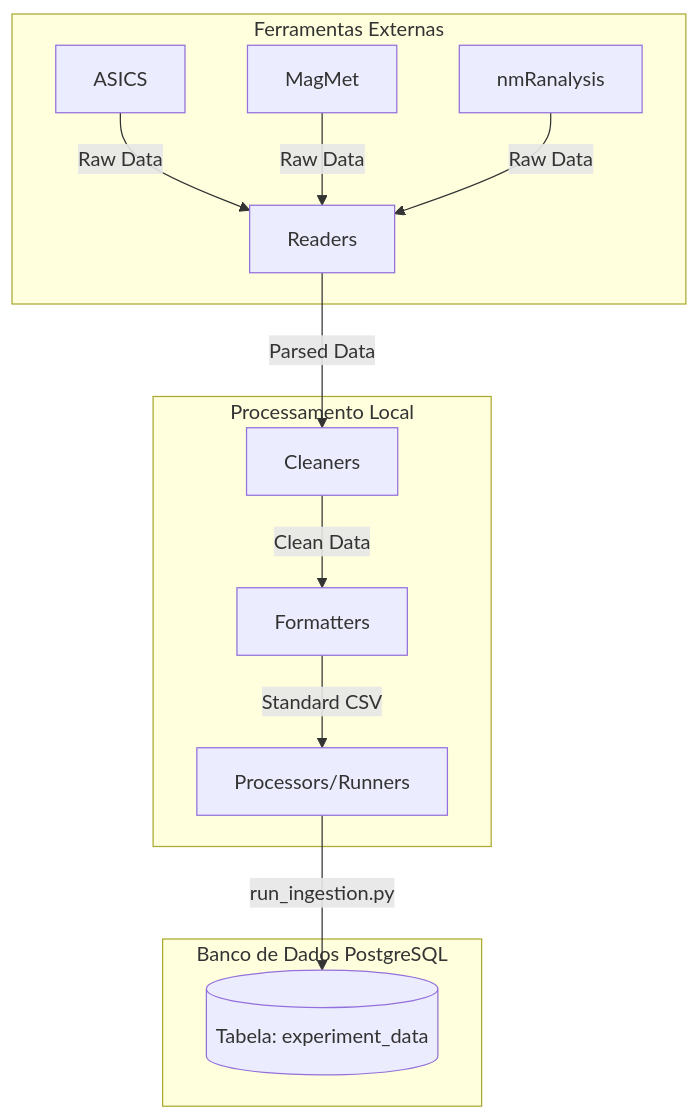
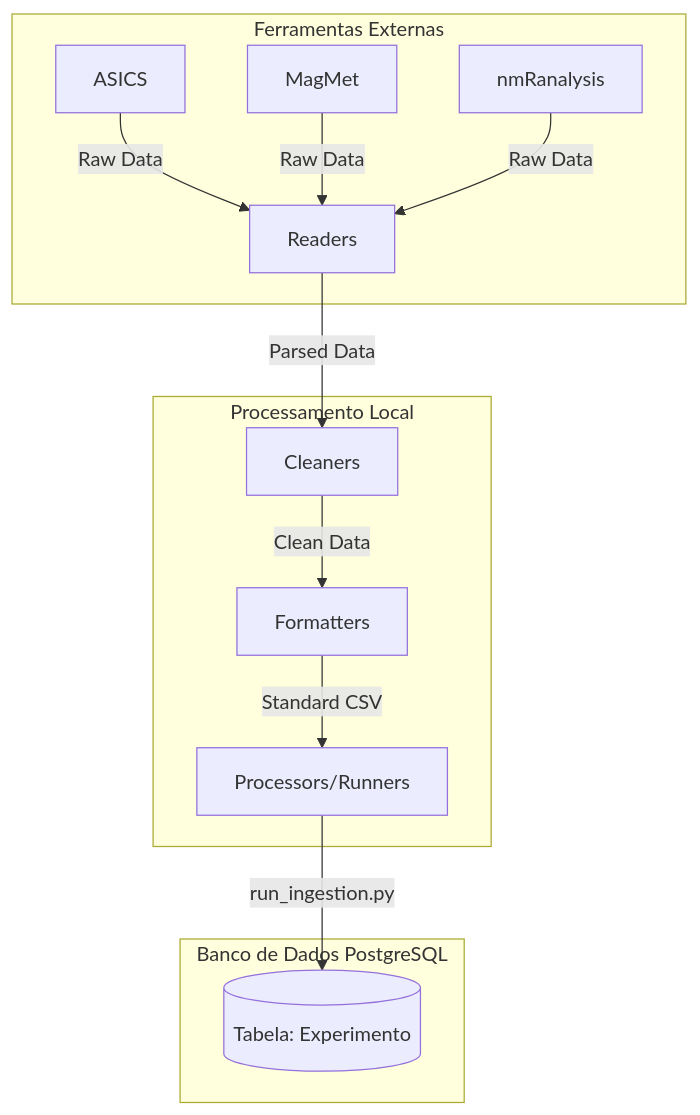
Before and after one commit to tiago-rods/NMR-data-analysis: the first of 2 diagrams in README.md, drawn with Mermaid. The commit also changed other lines of this file and 12 other files, not shown here.

````diff
--- a/README.md
+++ b/README.md
@@ -22,18 +22,18 @@
 ```mermaid
 flowchart TD
     subgraph Ferramentas Externas
         A[ASICS] -->|Raw Data| D[Readers]
         B[MagMet] -->|Raw Data| D
         C[nmRanalysis] -->|Raw Data| D
     end
 
     subgraph Processamento Local
         D -->|Parsed Data| E[Cleaners]
         E -->|Clean Data| F[Formatters]
         F -->|Standard CSV| G[Processors/Runners]
     end
 
     subgraph Banco de Dados PostgreSQL
-        G -->|run_ingestion.py| H[(Tabela: experiment_data)]
+        G -->|run_ingestion.py| H[(Tabela: Experimento)]
     end
 ```
````
